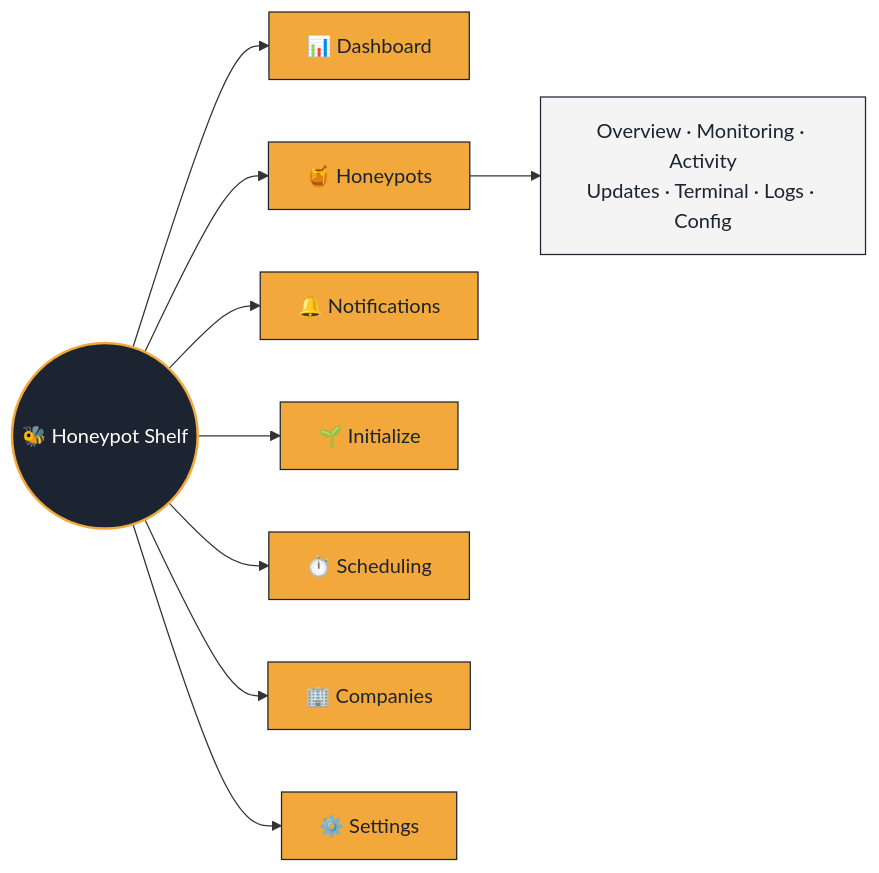
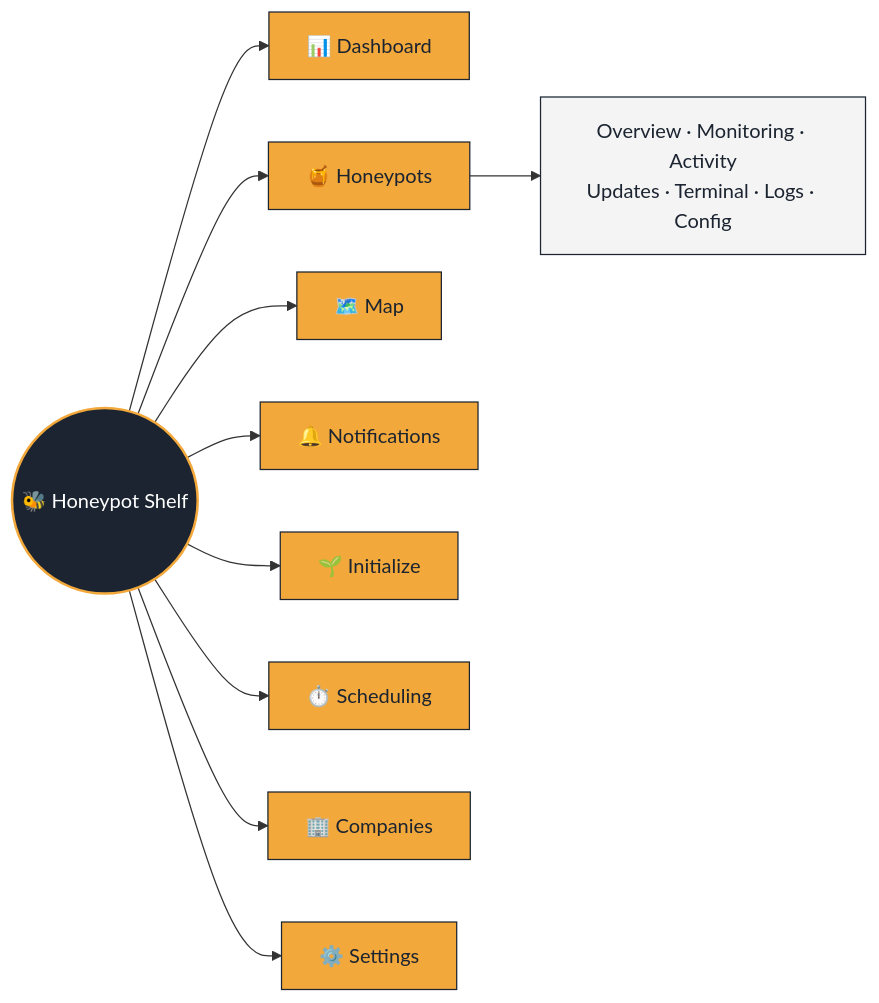
Before and after one commit to sparkycz1/honeypot-shelf: the diagram in wiki/Home.md, drawn with Mermaid. The commit also changed other lines of this file and 34 other files, not shown here.

````diff
--- a/wiki/Home.md
+++ b/wiki/Home.md
@@ -24,19 +24,20 @@
 ```mermaid
 flowchart LR
     App(("🐝 Honeypot Shelf"))
     App --> Dash["📊 Dashboard"]
     App --> H["🍯 Honeypots"]
+    App --> Map["🗺️ Map"]
     App --> Notif["🔔 Notifications"]
     App --> Init["🌱 Initialize"]
     App --> Sched["⏱️ Scheduling"]
     App --> Comp["🏢 Companies"]
     App --> Set["⚙️ Settings"]
     H --> H1["Overview · Monitoring · Activity<br/>Updates · Terminal · Logs · Config"]
 
     classDef hub fill:#1b2430,stroke:#f2a83a,stroke-width:2px,color:#fff
     classDef leaf fill:#f2a83a,stroke:#1b2430,stroke-width:1px,color:#1b2430
     classDef sub fill:#f4f4f4,stroke:#1b2430,color:#1b2430
     class App hub
-    class Dash,H,Notif,Init,Sched,Comp,Set leaf
+    class Dash,H,Map,Notif,Init,Sched,Comp,Set leaf
     class H1 sub
 ```
````
